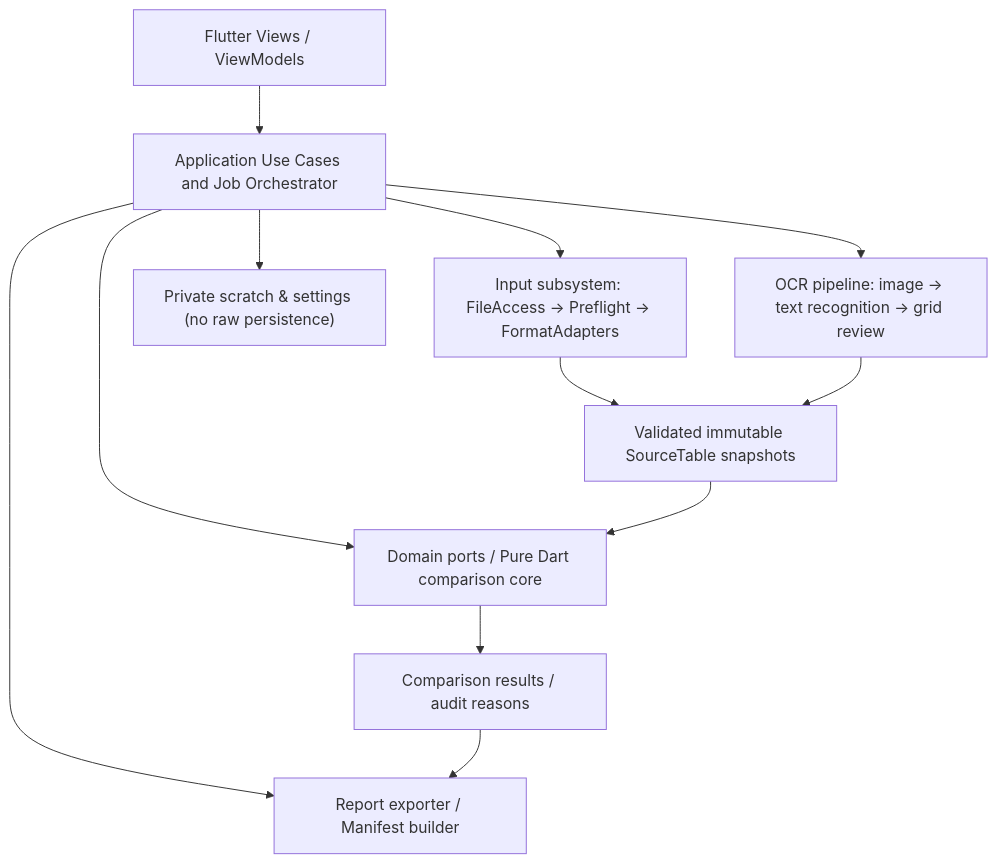
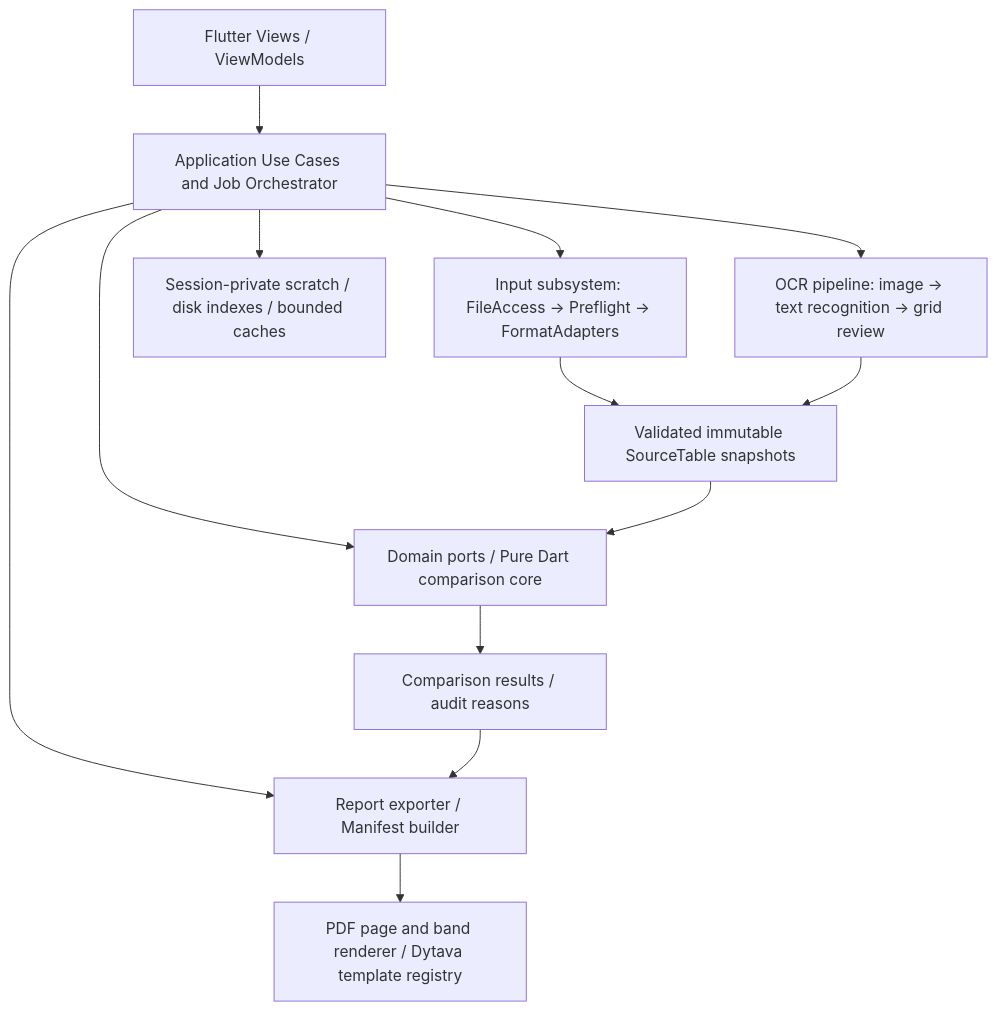
Before and after one commit to nmtrucworking/dytava: the first of 2 diagrams in docs-dytava/architecture/ARCHITECTURE.md, drawn with Mermaid. The commit also changed other lines of this file and 141 other files, not shown here.

````diff
--- a/docs-dytava/architecture/ARCHITECTURE.md
+++ b/docs-dytava/architecture/ARCHITECTURE.md
@@ -24,14 +24,15 @@
 ```mermaid
 flowchart TB
   U["Flutter Views / ViewModels"] --> A["Application Use Cases and Job Orchestrator"]
   A --> DP["Domain ports / Pure Dart comparison core"]
   A --> I["Input subsystem: FileAccess → Preflight → FormatAdapters"]
   A --> O["OCR pipeline: image → text recognition → grid review"]
   A --> E["Report exporter / Manifest builder"]
   I --> T["Validated immutable SourceTable snapshots"]
   O --> T
   T --> DP
   DP --> R["Comparison results / audit reasons"]
   R --> E
-  A --> X["Private scratch & settings (no raw persistence)"]
+  A --> X["Session-private scratch / disk indexes / bounded caches"]
+  E --> P["PDF page and band renderer / Dytava template registry"]
 ```
````
